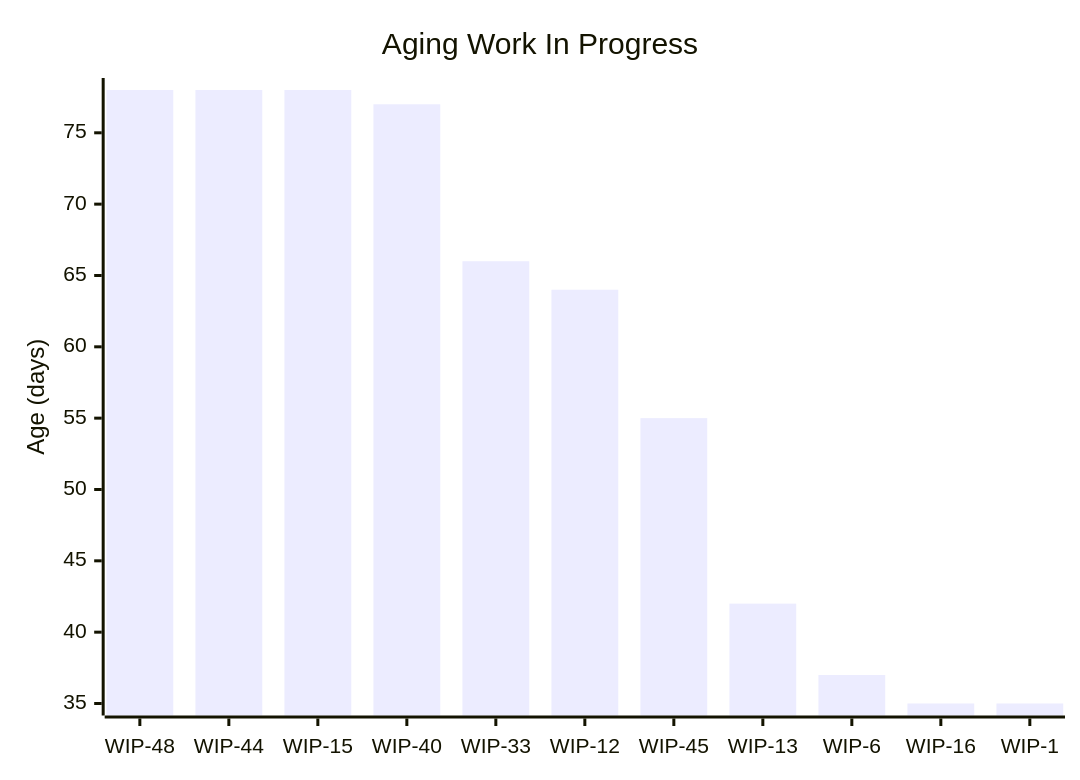
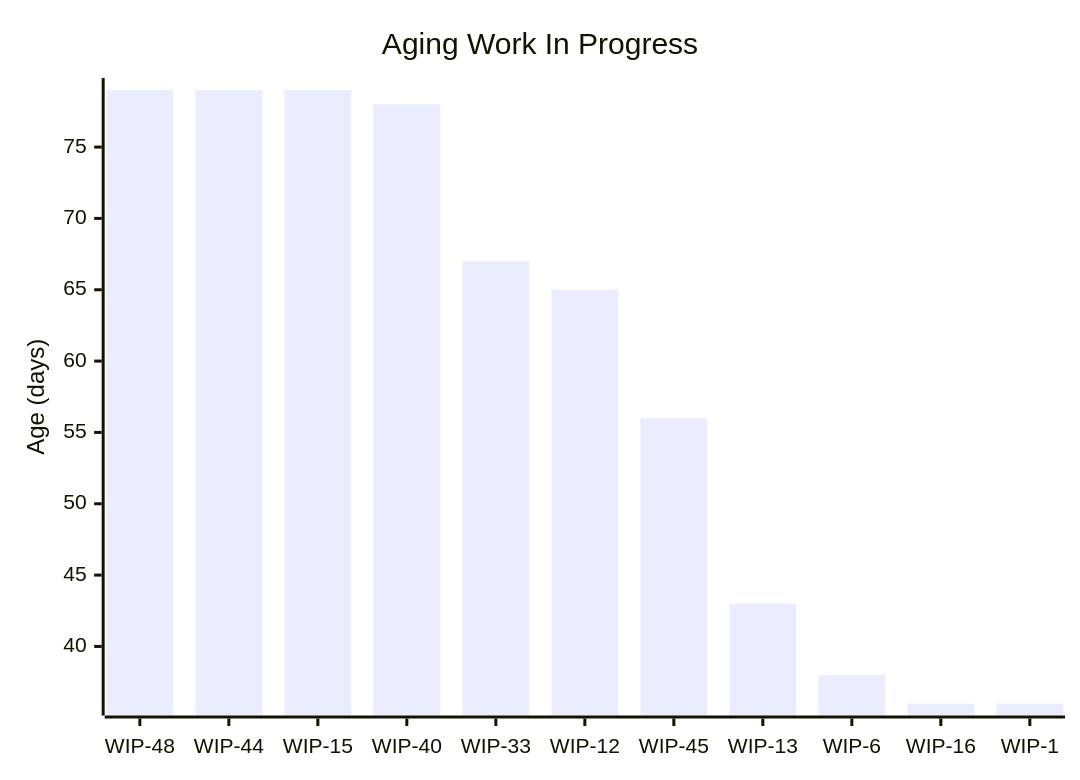
One commit to cbroult/predictability-engine changed the first of 5 diagrams in data/samples/reports/sample_data_large/priorities/High.md. Above: the diagram before and after it, drawn with Mermaid. The commit also changed other lines of this file and 74 other files, not shown here.

````diff
--- a/data/samples/reports/sample_data_large/priorities/High.md
+++ b/data/samples/reports/sample_data_large/priorities/High.md
@@ -29,7 +29,7 @@
 ```mermaid
 xychart-beta
     title "Aging Work In Progress"
     x-axis ["WIP-48", "WIP-44", "WIP-15", "WIP-40", "WIP-33", "WIP-12", "WIP-45", "WIP-13", "WIP-6", "WIP-16", "WIP-1"]
     y-axis "Age (days)"
-    bar "Age" [78, 78, 78, 77, 66, 64, 55, 42, 37, 35, 35]
+    bar "Age" [79, 79, 79, 78, 67, 65, 56, 43, 38, 36, 36]
 ```
````
